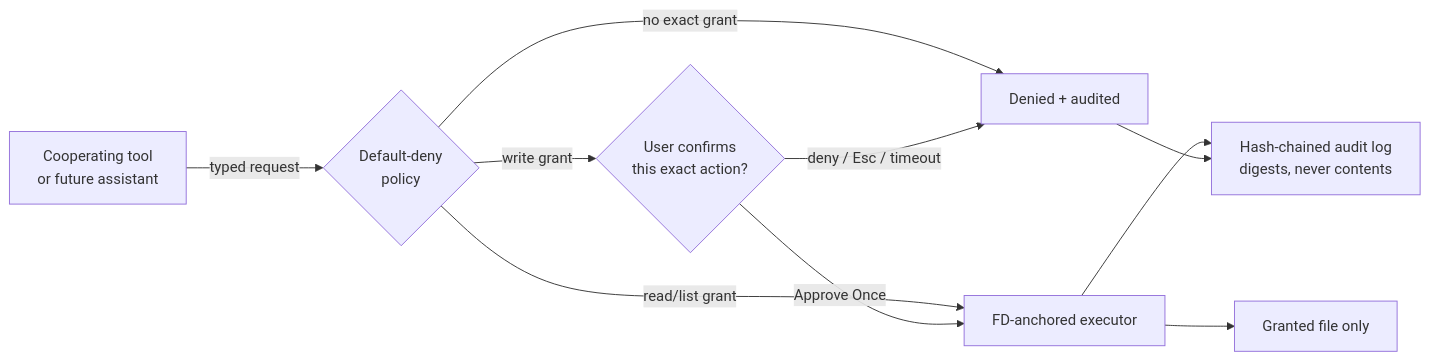
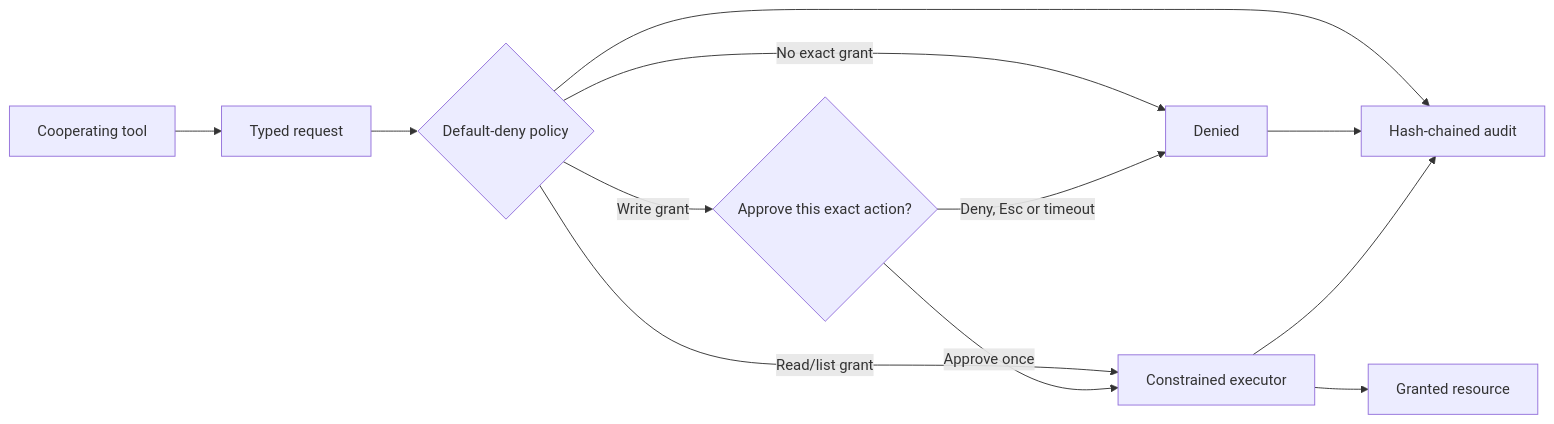
Before and after one commit to Rishidev-20thcenturey/XOR-OPERATING-SYSTEM-: the diagram in README.md, drawn with Mermaid. The commit also changed other lines of this file, not shown here.

````diff
--- a/README.md
+++ b/README.md
@@ -81,12 +80,14 @@
 ```mermaid
 flowchart LR
-    T["Cooperating tool\nor future assistant"] -->|typed request| P{"Default-deny\npolicy"}
-    P -->|no exact grant| D["Denied + audited"]
-    P -->|read/list grant| E["FD-anchored executor"]
-    P -->|write grant| C{"User confirms\nthis exact action?"}
-    C -->|deny / Esc / timeout| D
-    C -->|"Approve Once"| E
-    E --> F["Granted file only"]
-    E --> A["Hash-chained audit log\ndigests, never contents"]
+    T["Cooperating tool"] --> R["Typed request"]
+    R --> P{"Default-deny policy"}
+    P -->|No exact grant| D["Denied"]
+    P -->|Read/list grant| E["Constrained executor"]
+    P -->|Write grant| C{"Approve this exact action?"}
+    C -->|Deny, Esc or timeout| D
+    C -->|Approve once| E
+    E --> F["Granted resource"]
+    P --> A["Hash-chained audit"]
     D --> A
+    E --> A
 ```
````
